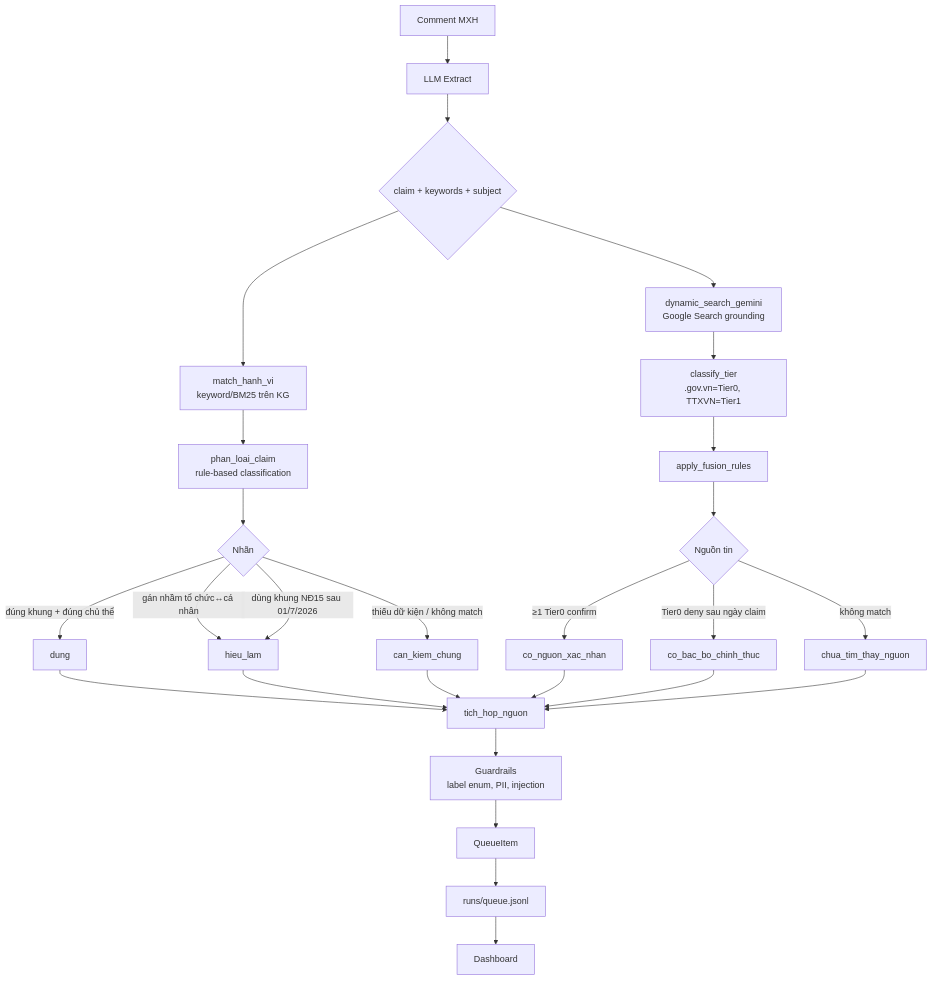
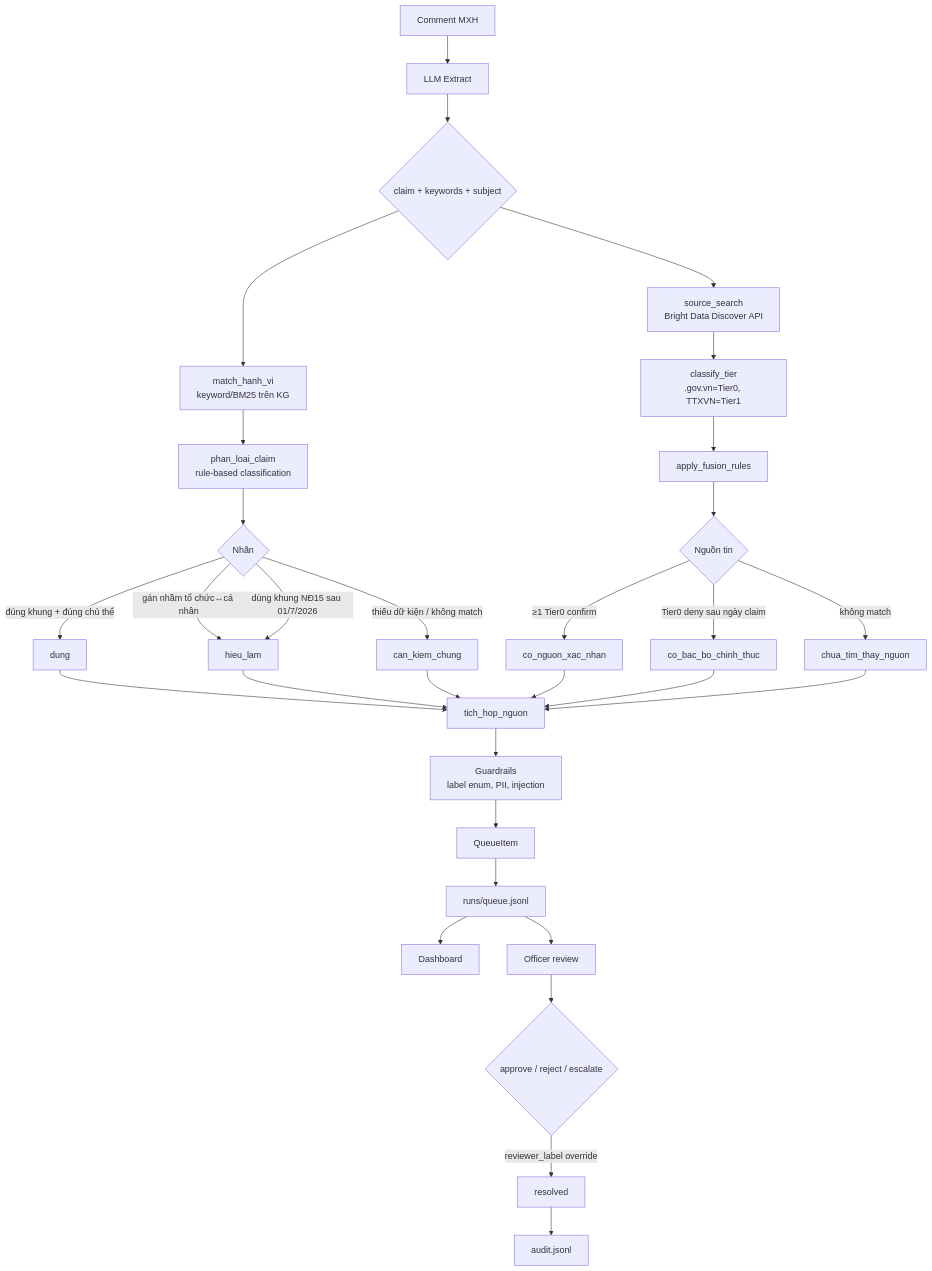
The second of 4 diagrams in README.md (Datghb/dia-chung), drawn with Mermaid before and after one commit. The commit also changed other lines of this file and 4 other files, not shown here.

First line of the commit message:
fix: README architecture update + chart date fallback

````diff
--- a/README.md
+++ b/README.md
@@ -82,35 +91,39 @@
 ```mermaid
 flowchart TD
     A[Comment MXH] --> B[LLM Extract]
     B --> C{claim + keywords + subject}
 
     C --> D[match_hanh_vi<br/>keyword/BM25 trên KG]
     D --> E[phan_loai_claim<br/>rule-based classification]
 
     E --> F{Nhãn}
     F -->|đúng khung + đúng chủ thể| G[dung]
     F -->|gán nhầm tổ chức↔cá nhân| H[hieu_lam]
     F -->|dùng khung NĐ15 sau 01/7/2026| H
     F -->|thiếu dữ kiện / không match| I[can_kiem_chung]
 
-    C --> J[dynamic_search_gemini<br/>Google Search grounding]
+    C --> J[source_search<br/>Bright Data Discover API]
     J --> K[classify_tier<br/>.gov.vn=Tier0, TTXVN=Tier1]
     K --> L[apply_fusion_rules]
 
     L --> M{Nguồn tin}
     M -->|≥1 Tier0 confirm| N[co_nguon_xac_nhan]
     M -->|Tier0 deny sau ngày claim| O[co_bac_bo_chinh_thuc]
     M -->|không match| P[chua_tim_thay_nguon]
 
     G --> Q[tich_hop_nguon]
     H --> Q
     I --> Q
     N --> Q
     O --> Q
     P --> Q
 
     Q --> R[Guardrails<br/>label enum, PII, injection]
     R --> S[QueueItem]
     S --> T[runs/queue.jsonl]
     T --> U[Dashboard]
+    T --> V[Officer review]
+    V --> W{approve / reject / escalate}
+    W -->|reviewer_label override| X[resolved]
+    X --> Y[audit.jsonl]
 ```
````
